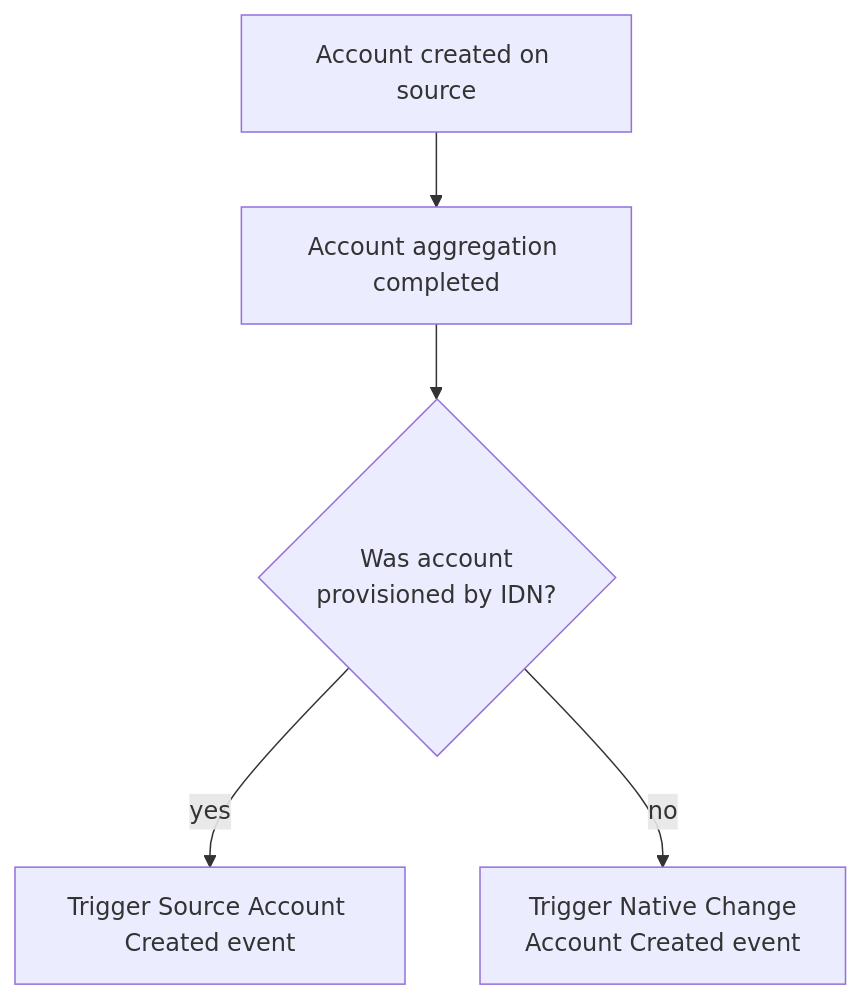
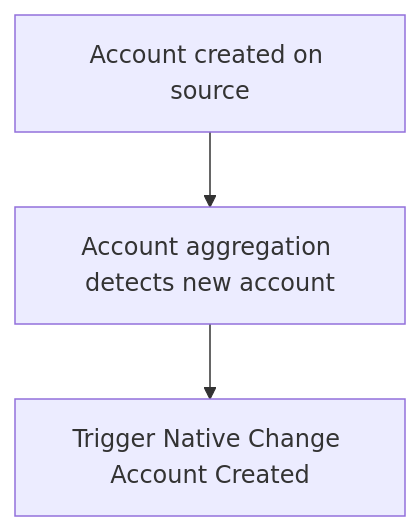
The diagram in products/idn/docs/identity-now/event-triggers/available/native-change-account-created.md (sailpoint-oss/developer.sailpoint.com), drawn with Mermaid before and after one commit. The commit also changed other lines of this file and 2 other files, not shown here.

Commit message:
Made minor updates based on feedback

````diff
--- a/products/idn/docs/identity-now/event-triggers/available/native-change-account-created.md
+++ b/products/idn/docs/identity-now/event-triggers/available/native-change-account-created.md
@@ -32,7 +32,6 @@
 ```mermaid
 flowchart TD
     A[Account created on source] --> B
-    B[Account aggregation completed] --> C{Was account\nprovisioned by IDN?}
-    C -->|yes| D[Trigger Source Account Created event]
-    C -->|no| E[Trigger Native Change\nAccount Created event]
+    B[Account aggregation detects new account] --> C
+    C[Trigger Native Change Account Created]
 ```
````
